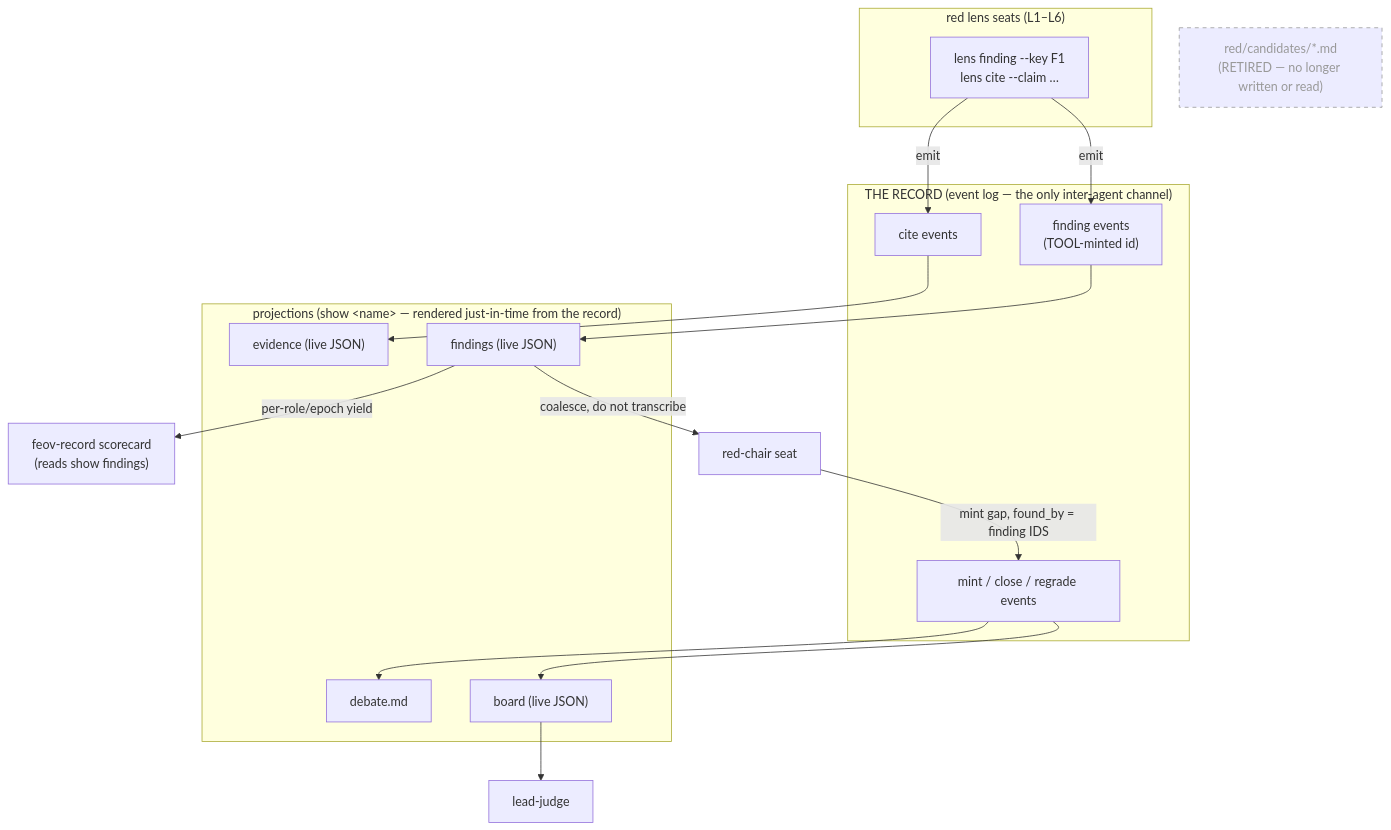
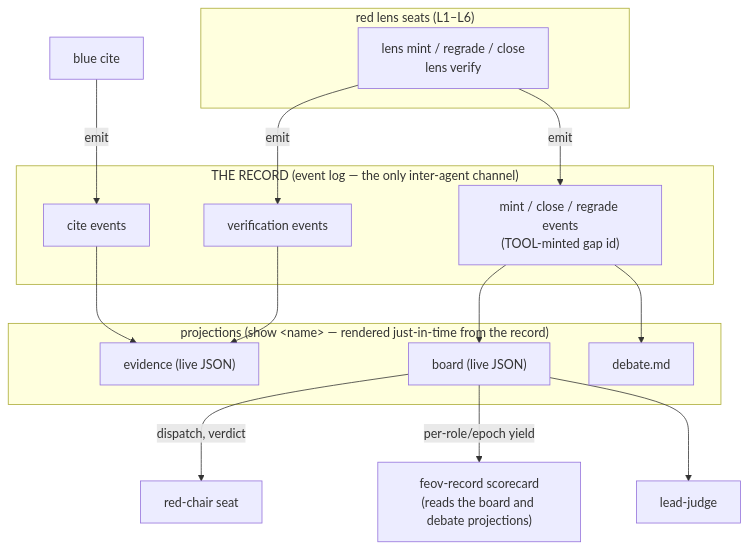
Before and after one commit to ctoforaday/special-circumstances: the diagram in plugins/frank-exchange-of-views/docs/record-flow.md, drawn with Mermaid. The commit also changed other lines of this file and 151 other files, not shown here.

````diff
--- a/plugins/frank-exchange-of-views/docs/record-flow.md
+++ b/plugins/frank-exchange-of-views/docs/record-flow.md
@@ -19,35 +19,31 @@
 ```mermaid
 flowchart TB
   subgraph lenses["red lens seats (L1–L6)"]
-    L["lens finding --key F1<br/>lens cite --claim …"]
+    L["lens mint / regrade / close<br/>lens verify"]
   end
+  B["blue cite"]
   subgraph record["THE RECORD (event log — the only inter-agent channel)"]
-    FE["finding events<br/>(TOOL-minted id)"]
+    ME["mint / close / regrade events<br/>(TOOL-minted gap id)"]
+    VE["verification events"]
     CE["cite events"]
-    ME["mint / close / regrade events"]
   end
   subgraph views["projections (show &lt;name&gt; — rendered just-in-time from the record)"]
-    FV["findings (live JSON)"]
     CL["evidence (live JSON)"]
     BD["board (live JSON)"]
     DBT["debate.md"]
   end
   chair["red-chair seat"]
-  score["feov-record scorecard<br/>(reads show findings)"]
+  score["feov-record scorecard<br/>(reads the board and debate projections)"]
   bench["lead-judge"]
 
-  L -->|emit| FE
-  L -->|emit| CE
-  FE --> FV
+  L -->|emit| ME
+  L -->|emit| VE
+  B -->|emit| CE
   CE --> CL
+  VE --> CL
   ME --> BD
-  FV -->|coalesce, do not transcribe| chair
-  chair -->|mint gap, found_by = finding IDS| ME
-  FV -->|per-role/epoch yield| score
+  BD -->|dispatch, verdict| chair
+  BD -->|per-role/epoch yield| score
   BD --> bench
   ME --> DBT
-
-  X["red/candidates/*.md<br/>(RETIRED — no longer written or read)"]
-  class X retired
-  classDef retired stroke-dasharray:5 5,color:#999,stroke:#999
 ```
````
